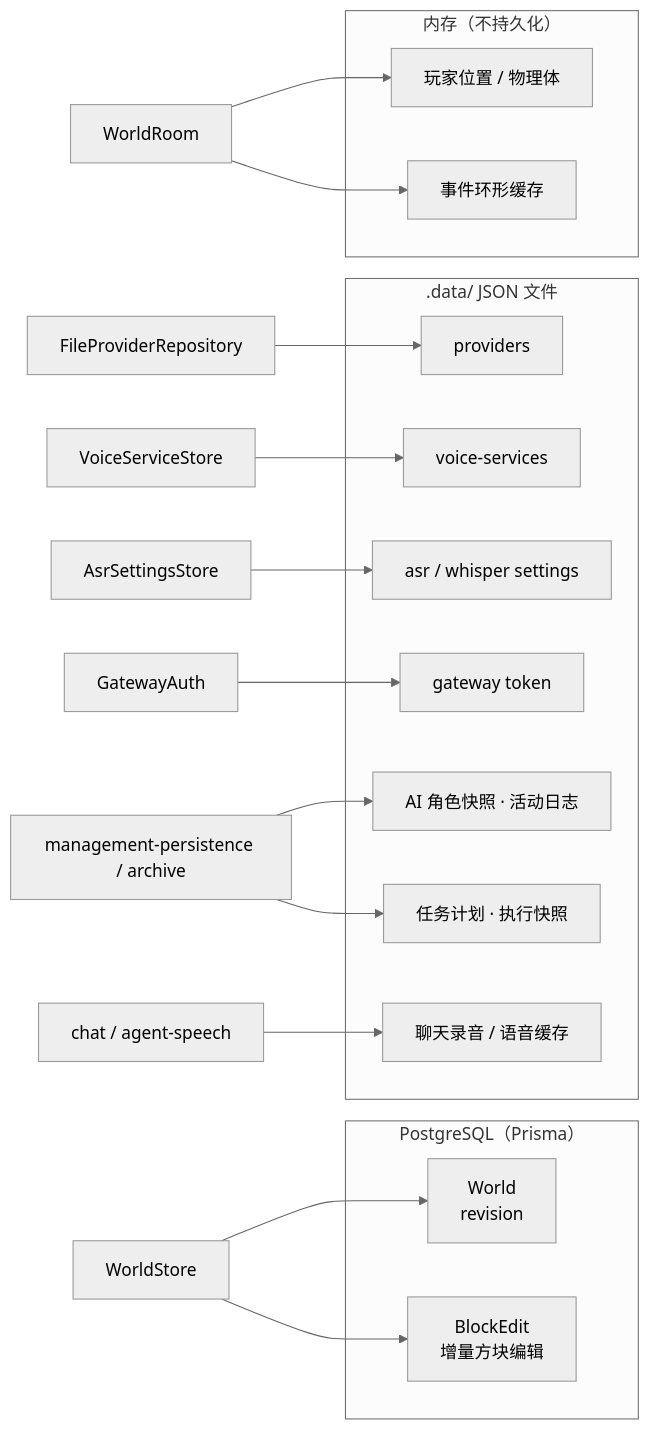
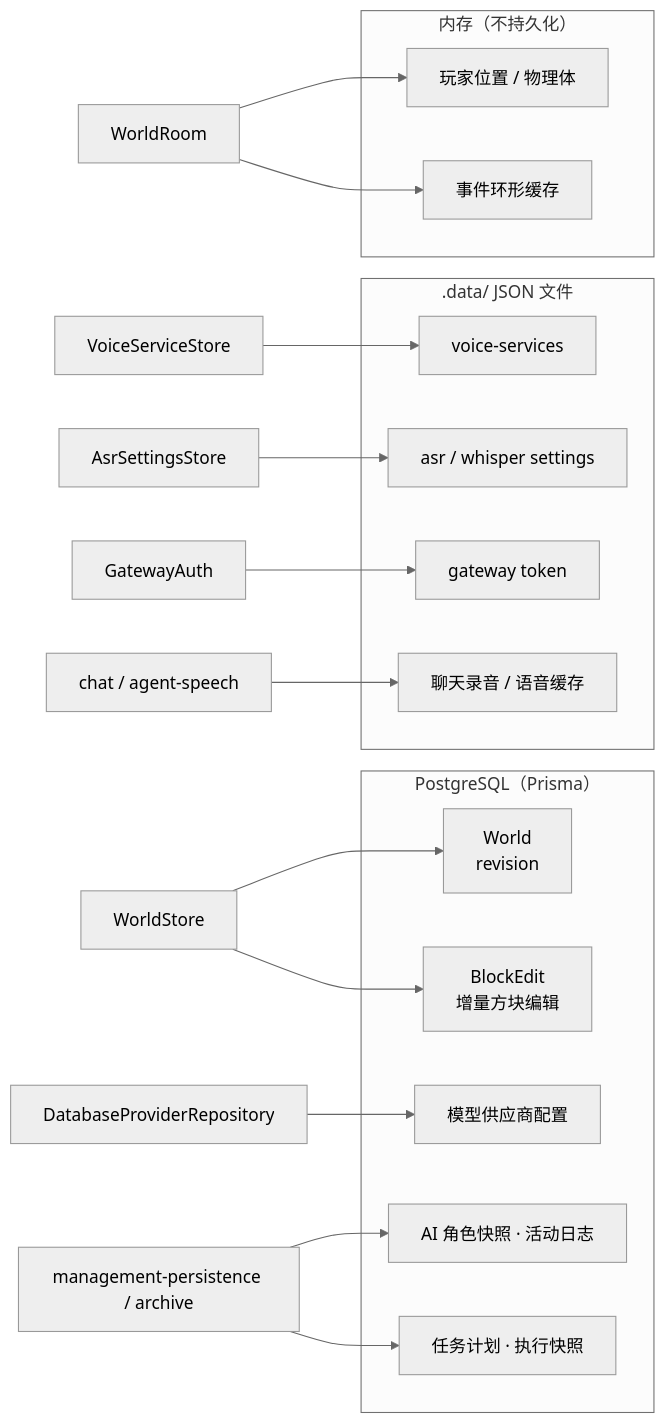
One commit to lulabs-org/embocraft changed diagram 14 of 14 in docs/guide/architecture-diagrams.md. Above: the diagram before and after it, drawn with Mermaid (neutral theme). The commit also changed other lines of this file and 18 other files, not shown here.

````diff
--- a/docs/guide/architecture-diagrams.md
+++ b/docs/guide/architecture-diagrams.md
@@ -452,34 +452,34 @@
 ```mermaid
 graph LR
     subgraph PG["PostgreSQL（Prisma）"]
         WorldT["World<br/>revision"]
         EditT["BlockEdit<br/>增量方块编辑"]
+        Prov["模型供应商配置"]
+        Chars["AI 角色快照 · 活动日志"]
+        TaskF["任务计划 · 执行快照"]
     end
 
     subgraph Files[".data/ JSON 文件"]
-        Prov["providers"]
         VoiceF["voice-services"]
         ASRF["asr / whisper settings"]
         Token["gateway token"]
-        Chars["AI 角色快照 · 活动日志"]
-        TaskF["任务计划 · 执行快照"]
         Rec["聊天录音 / 语音缓存"]
     end
 
     subgraph Memory["内存（不持久化）"]
         Players["玩家位置 / 物理体"]
         EvBuf["事件环形缓存"]
     end
 
     WorldStoreN["WorldStore"] --> WorldT
     WorldStoreN --> EditT
-    FileProviderRepoN["FileProviderRepository"] --> Prov
+    DatabaseProviderRepoN["DatabaseProviderRepository"] --> Prov
     VSN["VoiceServiceStore"] --> VoiceF
     ASN["AsrSettingsStore"] --> ASRF
     GAN["GatewayAuth"] --> Token
     MP["management-persistence / archive"] --> Chars
     MP --> TaskF
     ChatN["chat / agent-speech"] --> Rec
     RoomN["WorldRoom"] --> Players
     RoomN --> EvBuf
 ```
````
